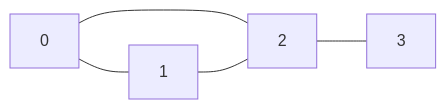
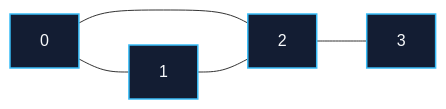
Before and after one commit to UnrealTemplier/go-textbook: the second of 4 diagrams in sources/20. Алгоритмы и структуры данных (DSA) на Go/11. Графы/1. Представление графов.md, drawn with Mermaid. The commit also changed other lines of this file, not shown here.

Commit message:
feat(module-20): editorial rewrite of 11.1 Graph representations in Kernighan style

````diff
--- a/sources/20. Алгоритмы и структуры данных (DSA) на Go/11. Графы/1. Представление графов.md
+++ b/sources/20. Алгоритмы и структуры данных (DSA) на Go/11. Графы/1. Представление графов.md
@@ -24,7 +48,8 @@
 ```mermaid
 flowchart LR
     0["0"] --- 1["1"]
     0 --- 2["2"]
     1 --- 2["2"]
     2 --- 3["3"]
+    classDef default fill:#131d33,stroke:#38bdf8,stroke-width:1.5px,color:#f8fafc;
 ```
````
